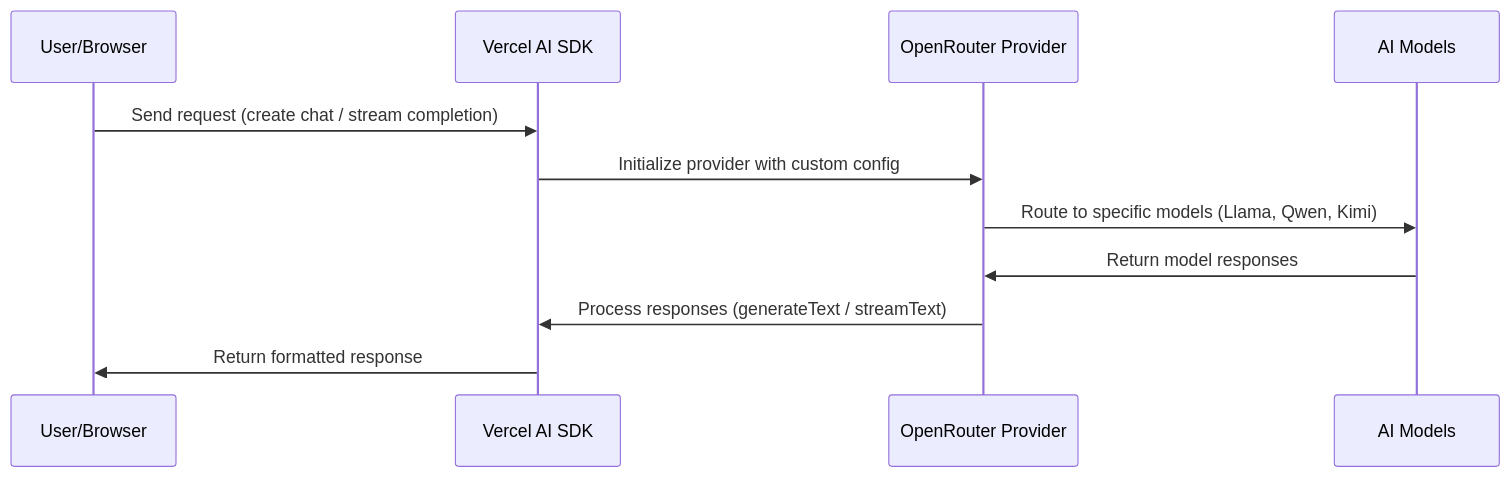
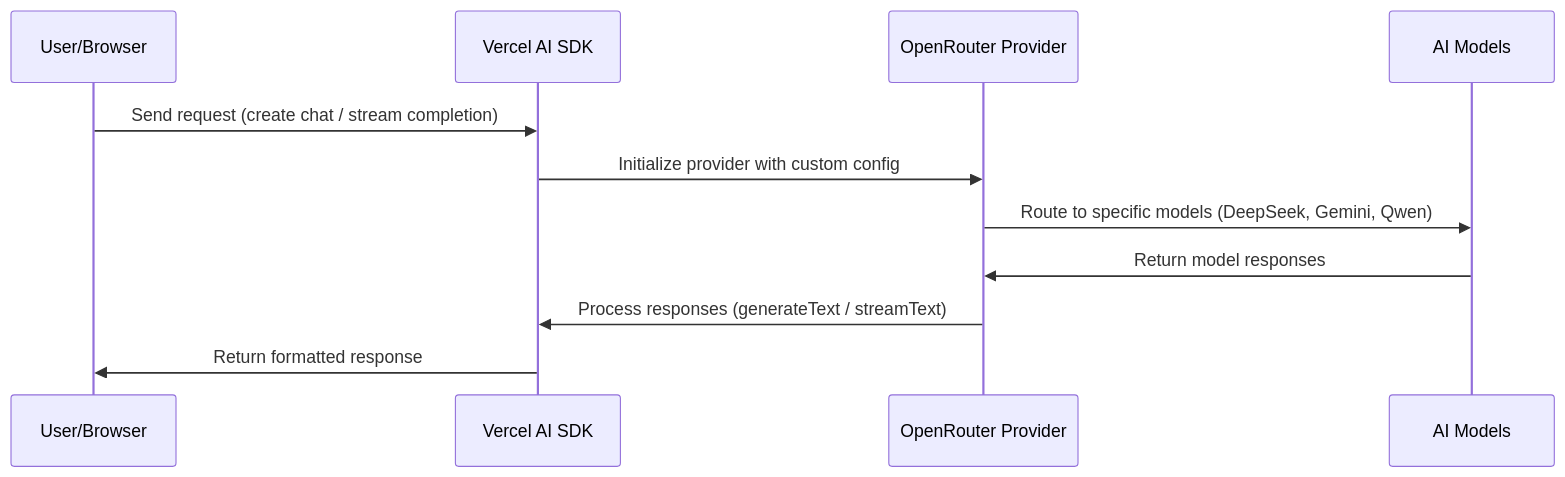
One commit to drewsephski/llamacoder changed the second of 4 diagrams in architecture.md. Above: the diagram before and after it, drawn with Mermaid. The commit also changed 70 other files, not shown here.

````diff
--- a/architecture.md
+++ b/architecture.md
@@ -27,14 +27,14 @@
 ```mermaid
 sequenceDiagram
     participant U as User/Browser
     participant V as Vercel AI SDK
     participant OR as OpenRouter Provider
     participant M as AI Models
 
     U->>V: Send request (create chat / stream completion)
     V->>OR: Initialize provider with custom config
-    OR->>M: Route to specific models (Llama, Qwen, Kimi)
+    OR->>M: Route to specific models (DeepSeek, Gemini, Qwen)
     M->>OR: Return model responses
     OR->>V: Process responses (generateText / streamText)
     V->>U: Return formatted response
 ```
````
